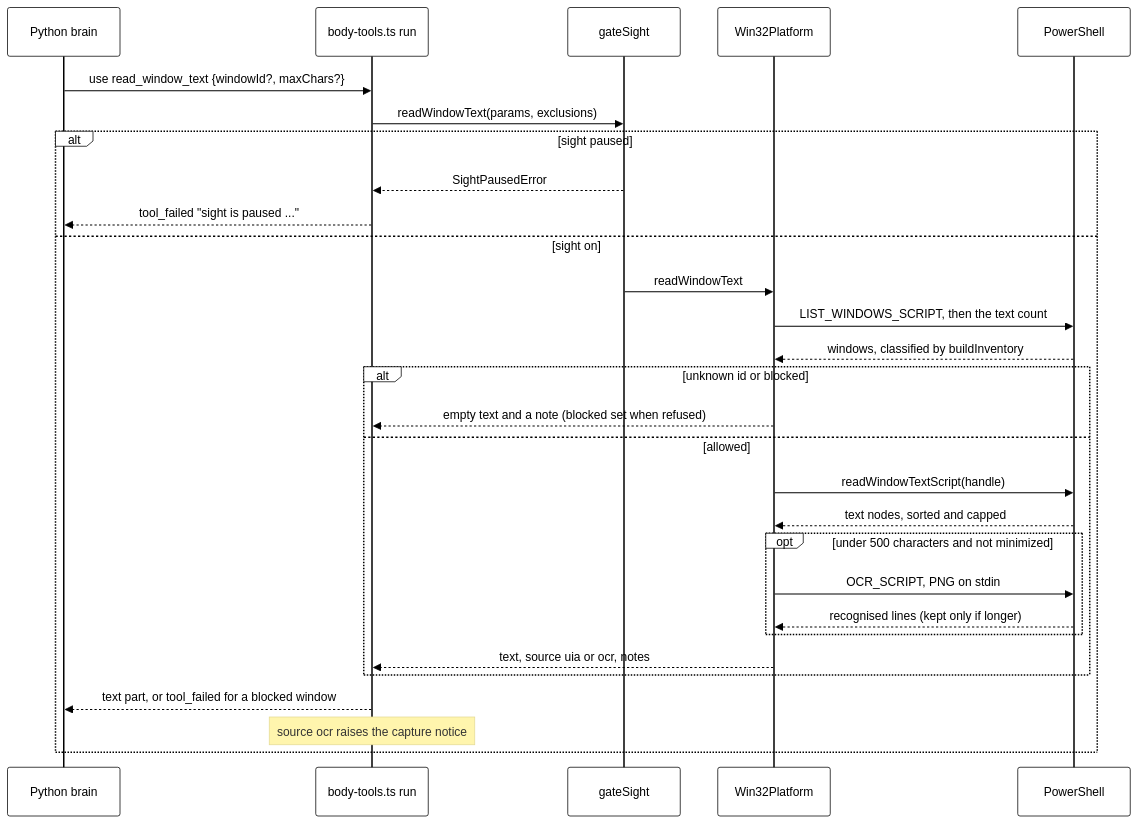
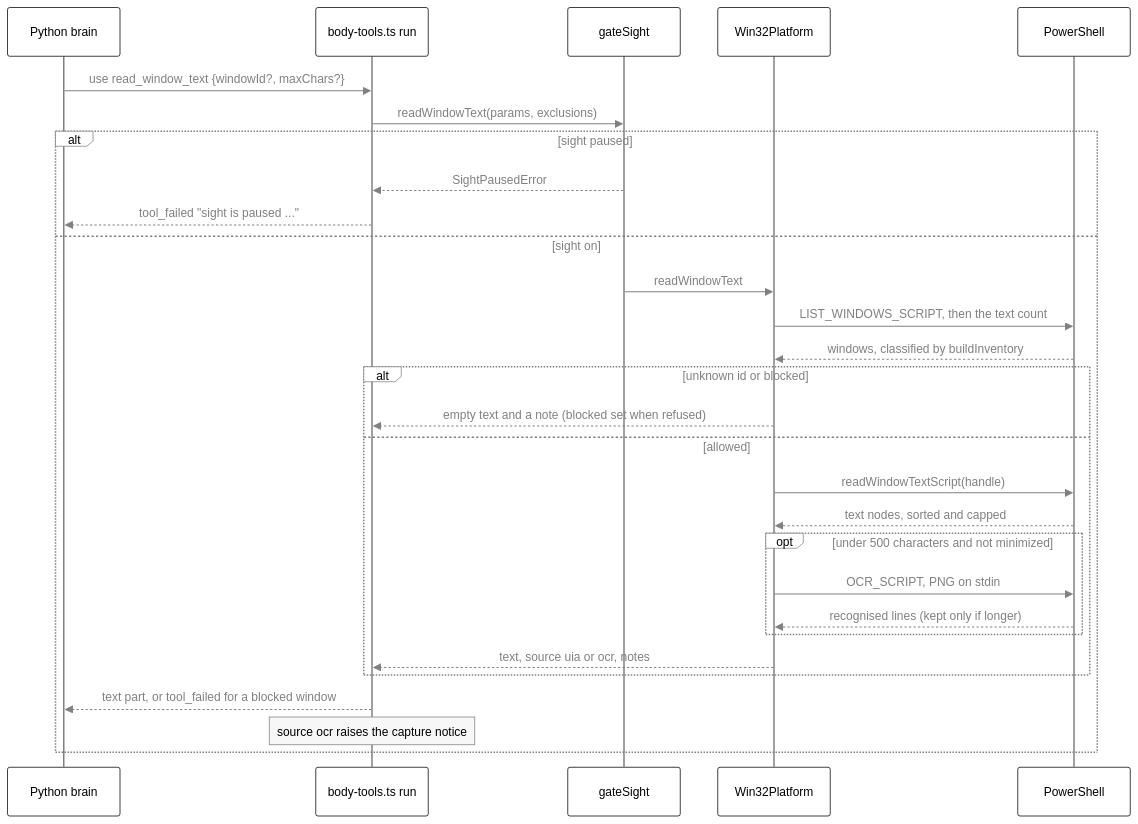
The first of 4 diagrams in docs/sight.md (nadeem4/tagalong), drawn with Mermaid before and after one commit. The commit also changed other lines of this file, not shown here.

Commit message:
docs(sight): grey arrows and labels so diagrams read in dark mode

````diff
--- a/docs/sight.md
+++ b/docs/sight.md
@@ -42,32 +42,32 @@
 ```mermaid
-%%{init: {"theme": "base", "themeVariables": {"primaryColor": "#ffffff", "primaryTextColor": "#000000", "primaryBorderColor": "#000000", "lineColor": "#808080", "secondaryColor": "#f2f2f2", "tertiaryColor": "#ffffff", "clusterBkg": "#f7f7f7", "clusterBorder": "#808080", "edgeLabelBackground": "#ffffff", "titleColor": "#808080", "fontFamily": "Segoe UI, Helvetica, Arial, sans-serif"}}}%%
+%%{init: {"theme": "base", "themeVariables": {"primaryColor": "#ffffff", "primaryTextColor": "#000000", "primaryBorderColor": "#000000", "lineColor": "#808080", "arrowheadColor": "#808080", "secondaryColor": "#f2f2f2", "tertiaryColor": "#ffffff", "clusterBkg": "#f7f7f7", "clusterBorder": "#808080", "edgeLabelBackground": "#ffffff", "titleColor": "#808080", "actorBkg": "#ffffff", "actorBorder": "#000000", "actorTextColor": "#000000", "actorLineColor": "#808080", "signalColor": "#808080", "signalTextColor": "#808080", "sequenceNumberColor": "#ffffff", "labelBoxBkgColor": "#ffffff", "labelBoxBorderColor": "#808080", "labelTextColor": "#000000", "loopTextColor": "#808080", "noteBkgColor": "#f7f7f7", "noteBorderColor": "#808080", "noteTextColor": "#000000", "activationBkgColor": "#f7f7f7", "activationBorderColor": "#808080", "fontFamily": "Segoe UI, Helvetica, Arial, sans-serif"}}}%%
 sequenceDiagram
   participant B as Python brain
   participant T as body-tools.ts run
   participant G as gateSight
   participant W as Win32Platform
   participant P as PowerShell
   B->>T: use read_window_text {windowId?, maxChars?}
   T->>G: readWindowText(params, exclusions)
   alt sight paused
     G-->>T: SightPausedError
     T-->>B: tool_failed "sight is paused ..."
   else sight on
     G->>W: readWindowText
     W->>P: LIST_WINDOWS_SCRIPT, then the text count
     P-->>W: windows, classified by buildInventory
     alt unknown id or blocked
       W-->>T: empty text and a note (blocked set when refused)
     else allowed
       W->>P: readWindowTextScript(handle)
       P-->>W: text nodes, sorted and capped
       opt under 500 characters and not minimized
         W->>P: OCR_SCRIPT, PNG on stdin
         P-->>W: recognised lines (kept only if longer)
       end
       W-->>T: text, source uia or ocr, notes
     end
     T-->>B: text part, or tool_failed for a blocked window
     Note over T: source ocr raises the capture notice
   end
 ```
````
